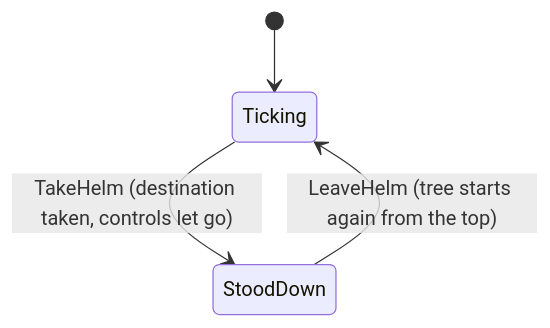
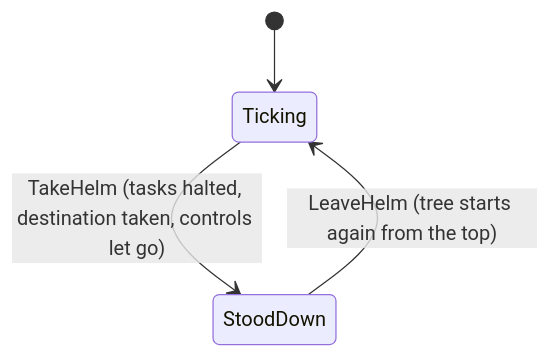
The second of 2 diagrams in docs/ai.md (ivanhawkes/jettison), drawn with Mermaid before and after one commit. The commit also changed other lines of this file and 13 other files, not shown here.

````diff
--- a/docs/ai.md
+++ b/docs/ai.md
@@ -238,6 +260,6 @@
 ```mermaid
 stateDiagram-v2
     [*] --> Ticking
-    Ticking --> StoodDown: TakeHelm (destination taken, controls let go)
+    Ticking --> StoodDown: TakeHelm (tasks halted, destination taken, controls let go)
     StoodDown --> Ticking: LeaveHelm (tree starts again from the top)
 ```
````
